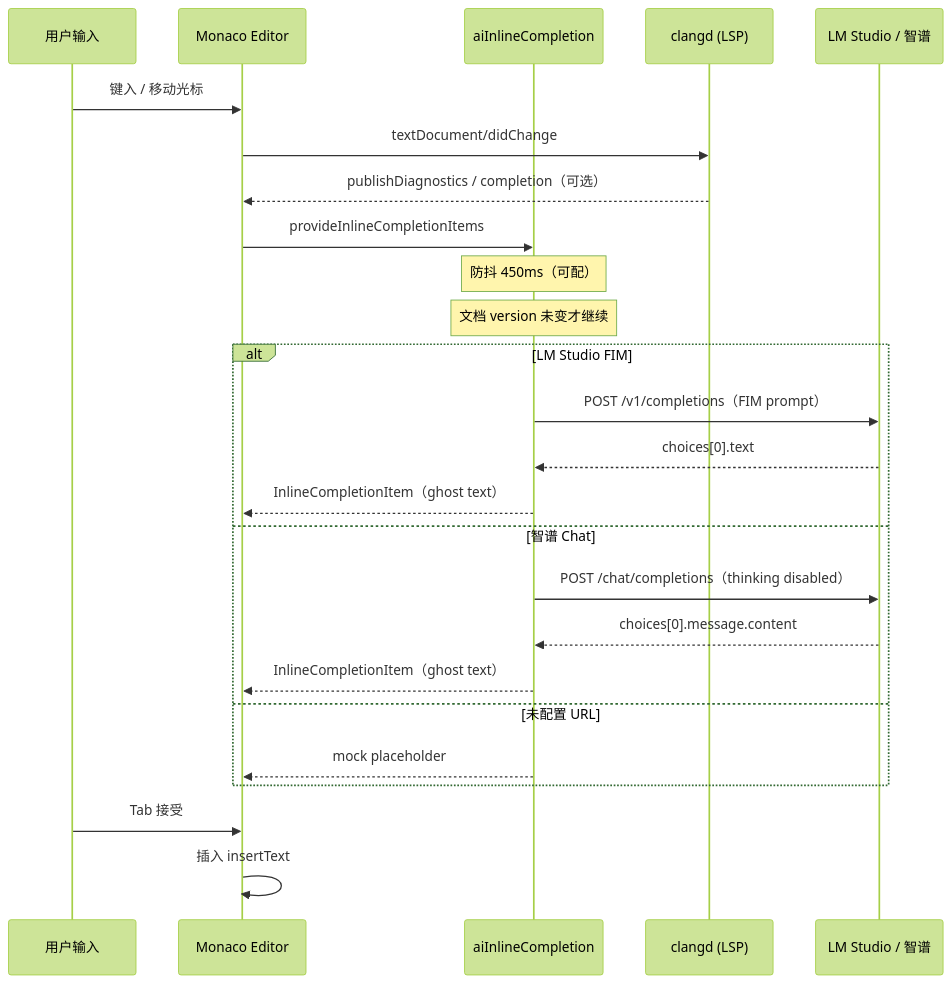
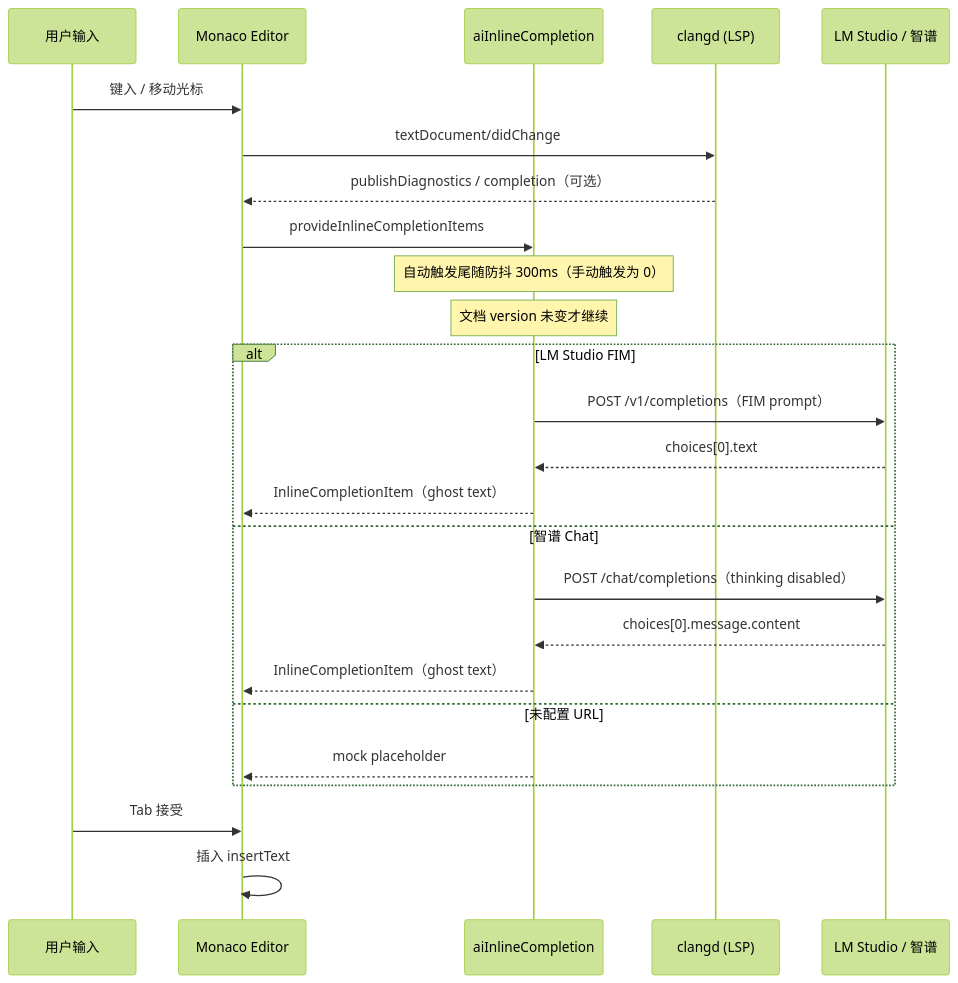
One commit to ailyProject/aily-coder-editor changed the second of 2 diagrams in docs/aily-code-inlineAi.md. Above: the diagram before and after it, drawn with Mermaid (forest theme). The commit also changed other lines of this file and 11 other files, not shown here.

````diff
--- a/docs/aily-code-inlineAi.md
+++ b/docs/aily-code-inlineAi.md
@@ -110,31 +115,31 @@
 ```mermaid
 sequenceDiagram
   participant U as 用户输入
   participant E as Monaco Editor
   participant P as aiInlineCompletion
   participant L as clangd (LSP)
   participant M as LM Studio / 智谱
 
   U->>E: 键入 / 移动光标
   E->>L: textDocument/didChange
   L-->>E: publishDiagnostics / completion（可选）
 
   E->>P: provideInlineCompletionItems
-  Note over P: 防抖 450ms（可配）
+  Note over P: 自动触发尾随防抖 300ms（手动触发为 0）
   Note over P: 文档 version 未变才继续
 
   alt LM Studio FIM
     P->>M: POST /v1/completions（FIM prompt）
     M-->>P: choices[0].text
     P-->>E: InlineCompletionItem（ghost text）
   else 智谱 Chat
     P->>M: POST /chat/completions（thinking disabled）
     M-->>P: choices[0].message.content
     P-->>E: InlineCompletionItem（ghost text）
   else 未配置 URL
     P-->>E: mock placeholder
   end
 
   U->>E: Tab 接受
   E->>E: 插入 insertText
 ```
````
